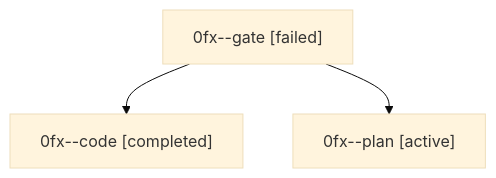
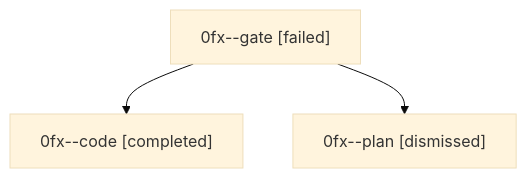
The diagram in sessions/bbugyi200.athena.0fx.md (sase-org/sase--agents), drawn with Mermaid (base theme) before and after one commit. The commit also changed other lines of this file and 37 other files, not shown here.

````diff
--- a/sessions/bbugyi200.athena.0fx.md
+++ b/sessions/bbugyi200.athena.0fx.md
@@ -9,8 +9,8 @@
 ```mermaid
 flowchart TD
   n0["0fx--gate [failed]"]
   n1["0fx--code [completed]"]
   n0 --> n1
-  n2["0fx--plan [active]"]
+  n2["0fx--plan [dismissed]"]
   n0 --> n2
 ```
````
